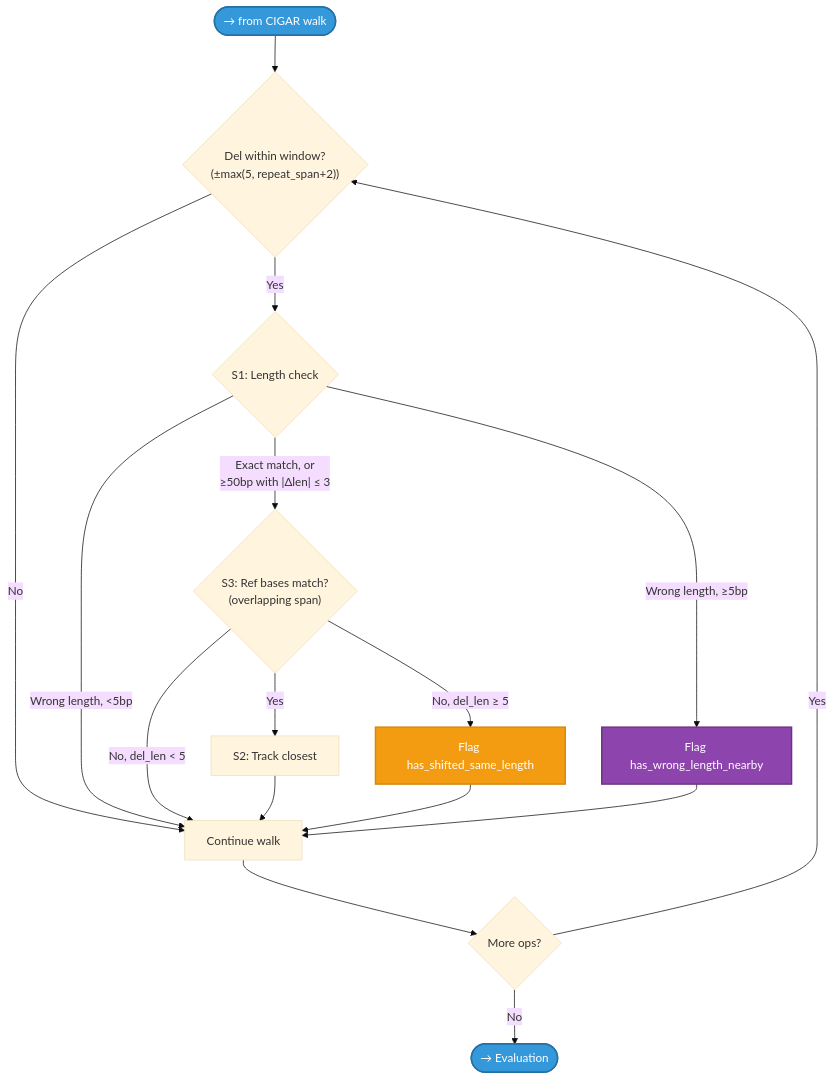
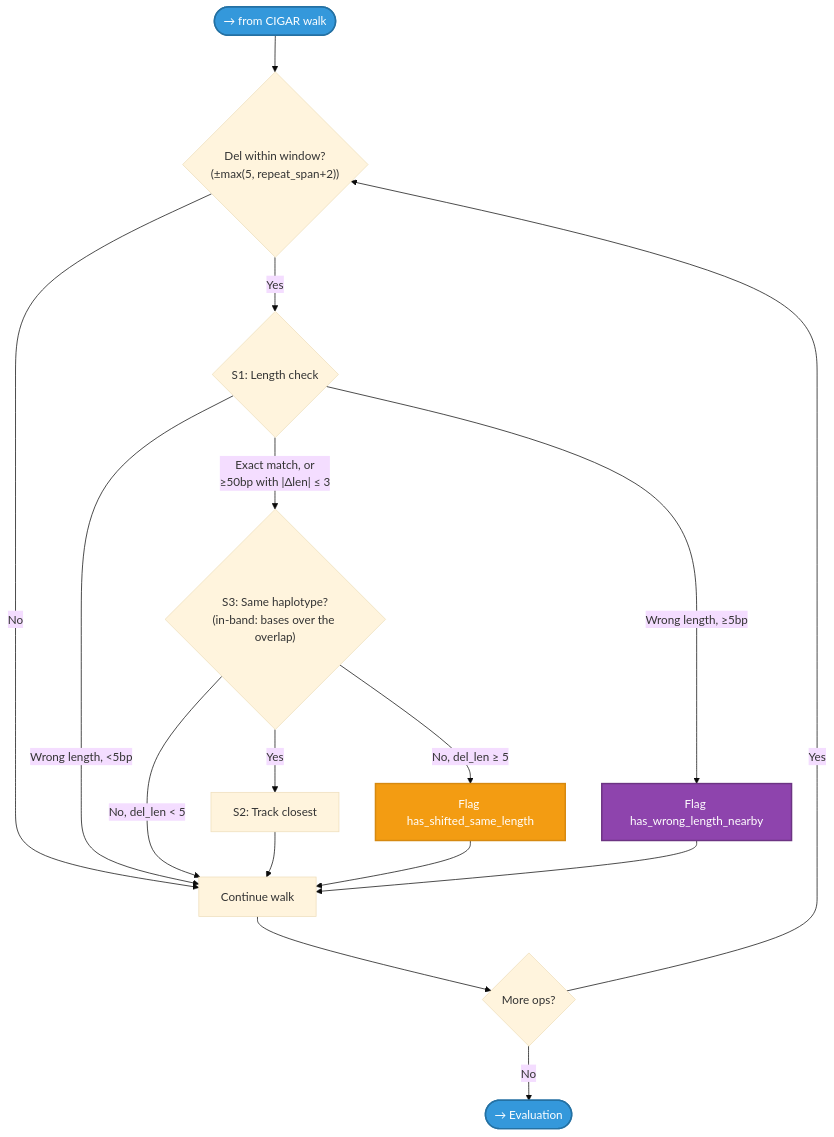
One commit to msk-access/gbcms changed the sixth of 12 diagrams in docs/reference/allele-classification.md. Above: the diagram before and after it, drawn with Mermaid (base theme). The commit also changed other lines of this file and 6 other files, not shown here.

````diff
--- a/docs/reference/allele-classification.md
+++ b/docs/reference/allele-classification.md
@@ -355,23 +356,23 @@
 ```mermaid
 flowchart TD
     WinIn(["→ from CIGAR walk"]):::entry --> CheckWin{"Del within window?\n(±max(5, repeat_span+2))"}
     CheckWin -->|No| Continue["Continue walk"]
     CheckWin -->|Yes| S1{"S1: Length check"}
-    S1 -->|"Exact match, or\n≥50bp with |Δlen| ≤ 3"| S3{"S3: Ref bases match?\n(overlapping span)"}
+    S1 -->|"Exact match, or\n≥50bp with |Δlen| ≤ 3"| S3{"S3: Same haplotype?\n(in-band: bases over the overlap)"}
     S1 -->|"Wrong length, ≥5bp"| FlagWL["Flag has_wrong_length_nearby"]:::partialflag
     S1 -->|"Wrong length, <5bp"| Continue
     S3 -->|Yes| S2["S2: Track closest"]
     S3 -->|"No, del_len ≥ 5"| FlagSL["Flag has_shifted_same_length"]:::fallback
     S3 -->|"No, del_len < 5"| Continue
     S2 --> Continue
     FlagSL --> Continue
     FlagWL --> Continue
     Continue --> MoreOps{"More ops?"}
     MoreOps -->|Yes| CheckWin
     MoreOps -->|No| Eval(["→ Evaluation"]):::next
 
     classDef entry fill:#3498db,color:#fff,stroke:#2471a3,stroke-width:2px;
     classDef next fill:#3498db,color:#fff,stroke:#2471a3,stroke-width:2px;
     classDef fallback fill:#f39c12,color:#fff,stroke:#d68910,stroke-width:2px;
     classDef partialflag fill:#8e44ad,color:#fff,stroke:#6c3483,stroke-width:2px;
 ```
````
